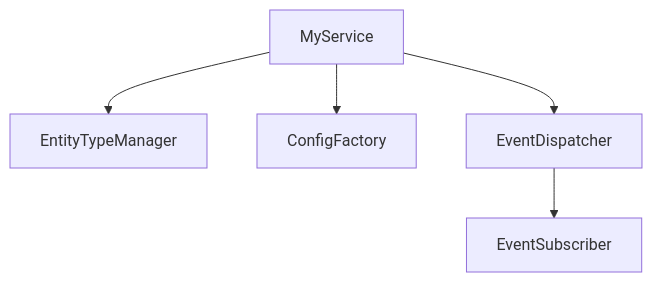
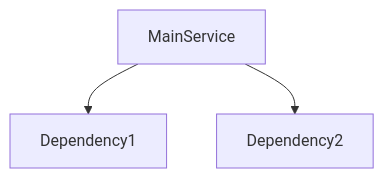
The second of 8 diagrams in drupal-dev-framework/skills/diagram-generator/SKILL.md (camoa/claude-skills), drawn with Mermaid before and after one commit. The commit also changed other lines of this file and 23 other files, not shown here.

````diff
--- a/drupal-dev-framework/skills/diagram-generator/SKILL.md
+++ b/drupal-dev-framework/skills/diagram-generator/SKILL.md
@@ -34,7 +63,5 @@
 ```mermaid
 graph TD
-    A[MyService] --> B[EntityTypeManager]
-    A --> C[ConfigFactory]
-    A --> D[EventDispatcher]
-    D --> E[EventSubscriber]
+    A[MainService] --> B[Dependency1]
+    A --> C[Dependency2]
 ```
````
